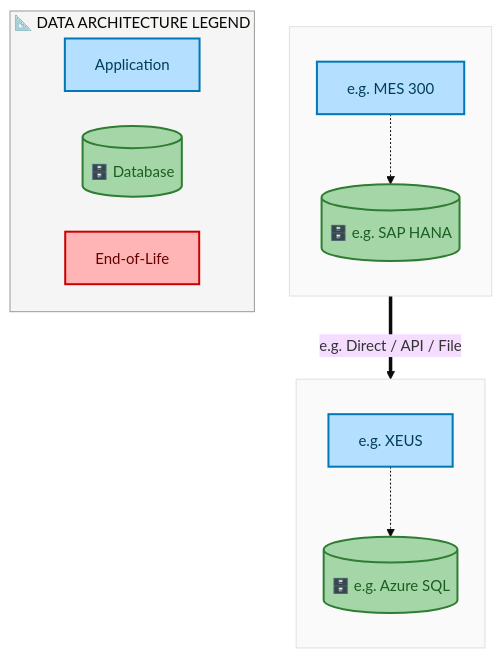
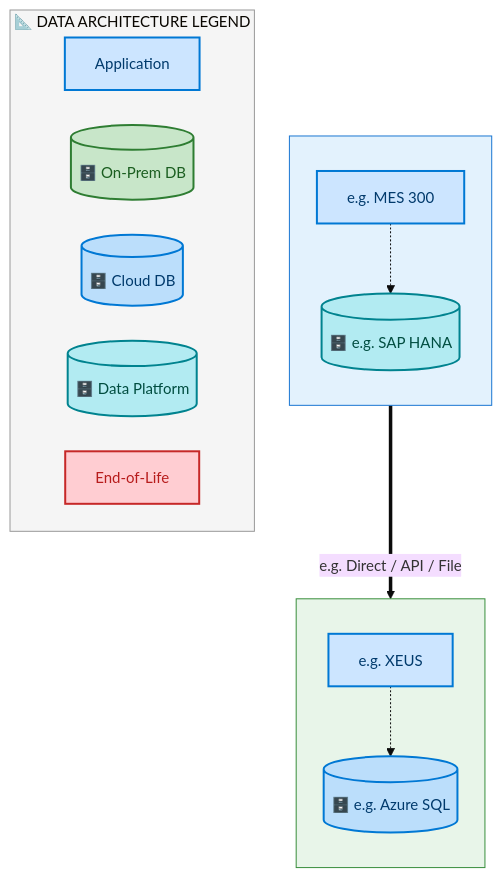
Before and after one commit to sajivfrancis777/IAO-Architecture: the third of 7 diagrams in towers/E2E/Master Data/E2E-89/output/docs/systems-architecture/E2E-89-Architecture.md, drawn with Mermaid. The commit also changed other lines of this file and 394 other files, not shown here.

First line of the commit message:
feat: structured layer ordering for Mermaid architecture diagrams

````diff
--- a/towers/E2E/Master Data/E2E-89/output/docs/systems-architecture/E2E-89-Architecture.md
+++ b/towers/E2E/Master Data/E2E-89/output/docs/systems-architecture/E2E-89-Architecture.md
@@ -393,33 +393,37 @@
 ```mermaid
 %%{init: {"theme": "base", "securityLevel": "loose", "themeVariables": {"fontSize": "15px", "fontFamily": "Segoe UI, Arial"}, "flowchart": {"useMaxWidth": false, "htmlLabels": true, "nodeSpacing": 35, "rankSpacing": 45}} }%%
 flowchart TB
-    classDef appBox fill:#B5DFFF,stroke:#0077B6,stroke-width:2px,color:#003D5B
-    classDef dbCyl fill:#A5D6A7,stroke:#2E7D32,stroke-width:2px,color:#1B5E20
-    classDef eolBox fill:#FFB5B5,stroke:#CC0000,stroke-width:2px,color:#660000
+    classDef appBox fill:#CCE5FF,stroke:#0078D4,stroke-width:2px,color:#003A6C
+    classDef dbCyl fill:#C8E6C9,stroke:#2E7D32,stroke-width:2px,color:#1B5E20
+    classDef dbCloud fill:#BBDEFB,stroke:#0078D4,stroke-width:2px,color:#003A6C
+    classDef dbData fill:#B2EBF2,stroke:#00838F,stroke-width:2px,color:#004D40
+    classDef eolBox fill:#FFCDD2,stroke:#C62828,stroke-width:2px,color:#B71C1C
 
     subgraph E2E89FDACL_e_g_Azure_SQL[" "]
         direction TB
         E2E89FDAA_e_g_XEUS["e.g. XEUS"]:::appBox
-        E2E89FDAD_e_g_Azure_SQL[("🗄️ e.g. Azure SQL")]:::dbCyl
+        E2E89FDAD_e_g_Azure_SQL[("🗄️ e.g. Azure SQL")]:::dbCloud
         E2E89FDAA_e_g_XEUS -.-> E2E89FDAD_e_g_Azure_SQL
     end
-    style E2E89FDACL_e_g_Azure_SQL fill:#FAFAFA,stroke:#E0E0E0,stroke-width:1px
+    style E2E89FDACL_e_g_Azure_SQL fill:#E8F5E9,stroke:#388E3C,stroke-width:1px
 
     subgraph E2E89FDACL_e_g_SAP_HANA[" "]
         direction TB
         E2E89FDAA_e_g_MES_300["e.g. MES 300"]:::appBox
-        E2E89FDAD_e_g_SAP_HANA[("🗄️ e.g. SAP HANA")]:::dbCyl
+        E2E89FDAD_e_g_SAP_HANA[("🗄️ e.g. SAP HANA")]:::dbData
         E2E89FDAA_e_g_MES_300 -.-> E2E89FDAD_e_g_SAP_HANA
     end
-    style E2E89FDACL_e_g_SAP_HANA fill:#FAFAFA,stroke:#E0E0E0,stroke-width:1px
+    style E2E89FDACL_e_g_SAP_HANA fill:#E3F2FD,stroke:#1976D2,stroke-width:1px
 
     E2E89FDAD_e_g_SAP_HANA ==>|"e.g. Direct / API / File"| E2E89FDAD_e_g_Azure_SQL
 
     subgraph Legend["📐 DATA ARCHITECTURE LEGEND"]
         direction LR
         L_A["Application"]:::appBox
-        L_D[("🗄️ Database")]:::dbCyl
+        L_D[("🗄️ On-Prem DB")]:::dbCyl
+        L_DC[("🗄️ Cloud DB")]:::dbCloud
+        L_DD[("🗄️ Data Platform")]:::dbData
         L_E["End-of-Life"]:::eolBox
     end
     style Legend fill:#F5F5F5,stroke:#999,stroke-width:1px
 ```
````
